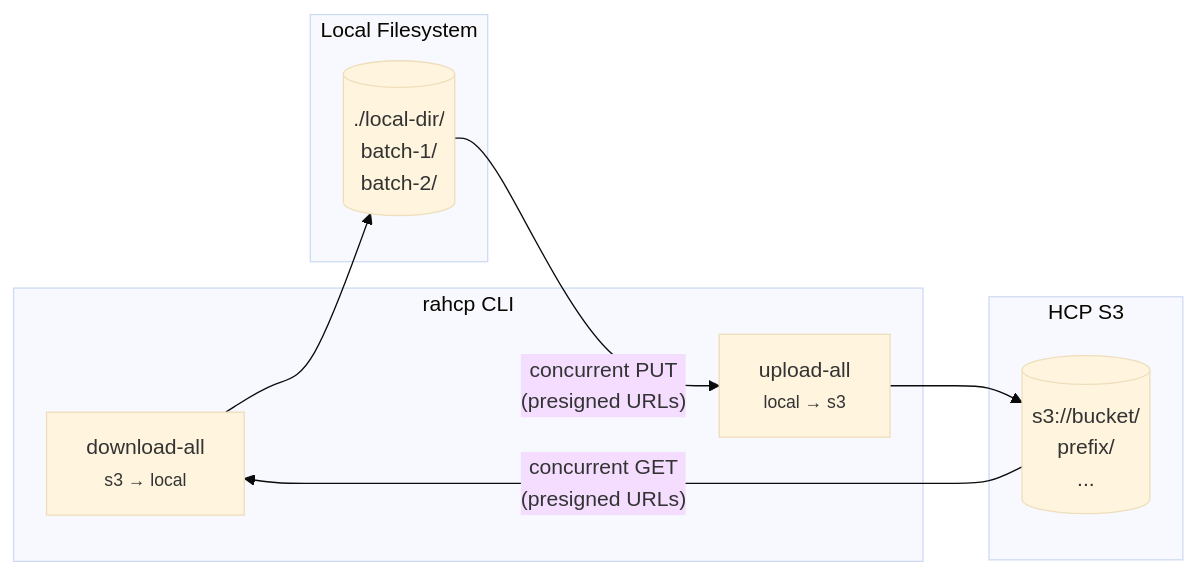
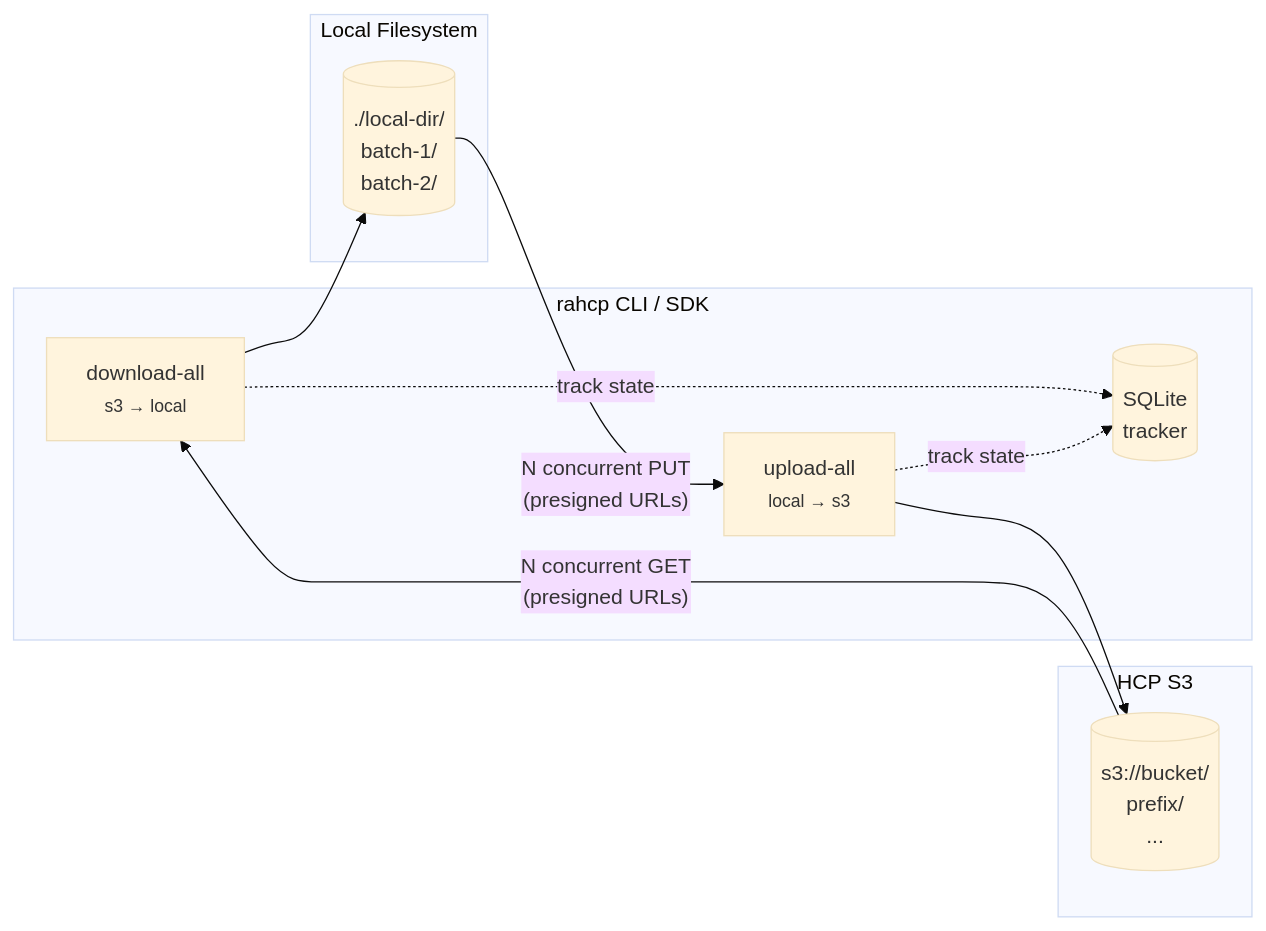
The seventh of 8 diagrams in docs/sdk/index.md (AI-Riksarkivet/ra-hcp), drawn with Mermaid (base theme) before and after one commit. The commit also changed other lines of this file and 8 other files, not shown here.

````diff
--- a/docs/sdk/index.md
+++ b/docs/sdk/index.md
@@ -661,18 +968,21 @@
 ```mermaid
 flowchart LR
-    subgraph CLI["rahcp CLI"]
+    subgraph CLI["rahcp CLI / SDK"]
         DA["download-all<br/><small>s3 → local</small>"]
         UA["upload-all<br/><small>local → s3</small>"]
+        DB[("SQLite<br/>tracker")]
     end
 
     subgraph Local["Local Filesystem"]
         DIR[("./local-dir/<br/>batch-1/<br/>batch-2/")]
     end
 
     subgraph S3["HCP S3"]
         BKT[("s3://bucket/<br/>prefix/<br/>...")]
     end
 
-    BKT -->|"concurrent GET<br/>(presigned URLs)"| DA --> DIR
-    DIR -->|"concurrent PUT<br/>(presigned URLs)"| UA --> BKT
+    BKT -->|"N concurrent GET<br/>(presigned URLs)"| DA --> DIR
+    DIR -->|"N concurrent PUT<br/>(presigned URLs)"| UA --> BKT
+    DA -.->|"track state"| DB
+    UA -.->|"track state"| DB
 ```
````
